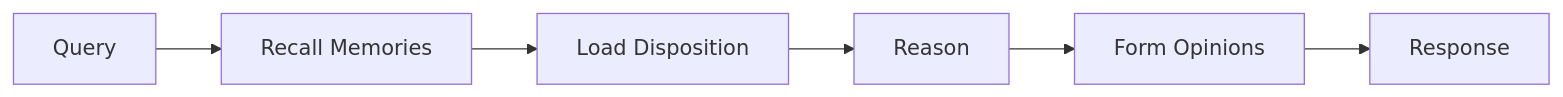
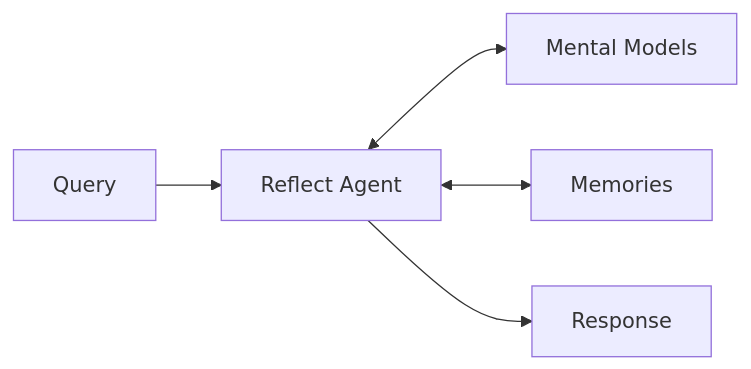
Before and after one commit to parasshah10/hindsight: the diagram in hindsight-docs/docs/developer/reflect.md, drawn with Mermaid. The commit also changed other lines of this file and 41 other files, not shown here.

Commit message:
doc: mental models

````diff
--- a/hindsight-docs/docs/developer/reflect.md
+++ b/hindsight-docs/docs/developer/reflect.md
@@ -9,8 +9,7 @@
 ```mermaid
 graph LR
-    A[Query] --> B[Recall Memories]
-    B --> C[Load Disposition]
-    C --> D[Reason]
-    D --> E[Form Opinions]
-    E --> F[Response]
+    Q[Query] --> A[Reflect Agent]
+    A <--> MM[Mental Models]
+    A <--> M[Memories]
+    A --> R[Response]
 ```
````
